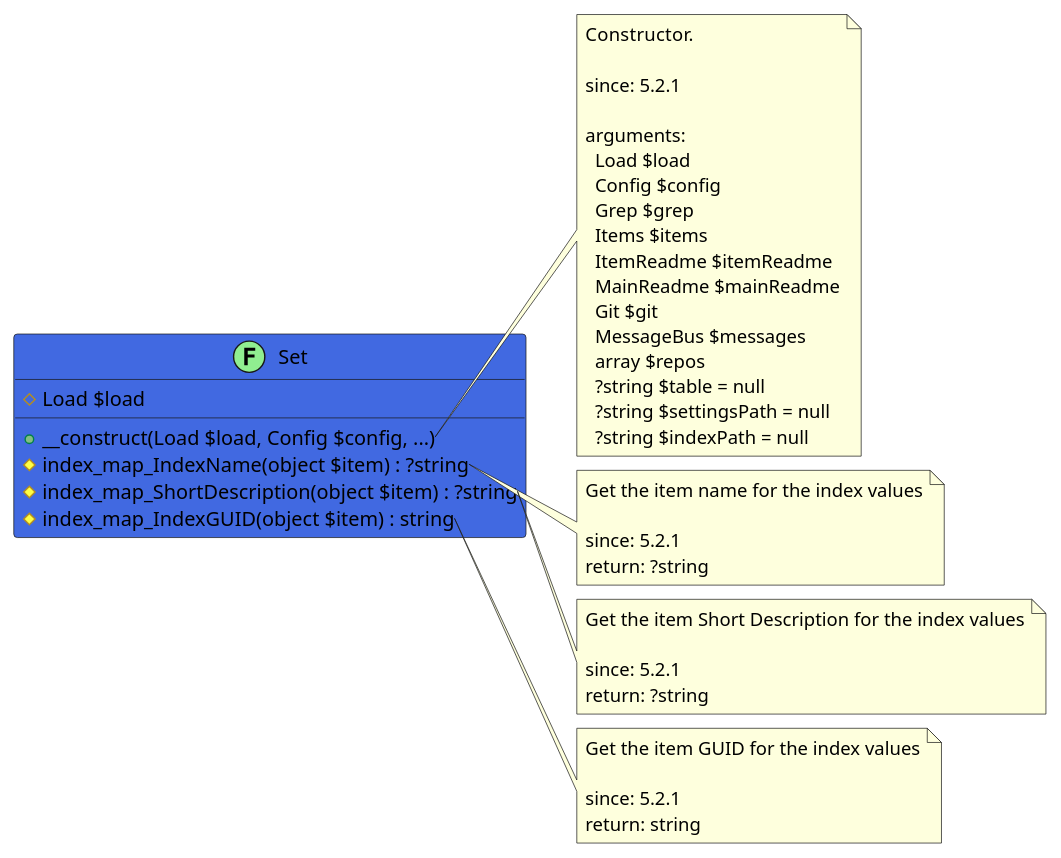
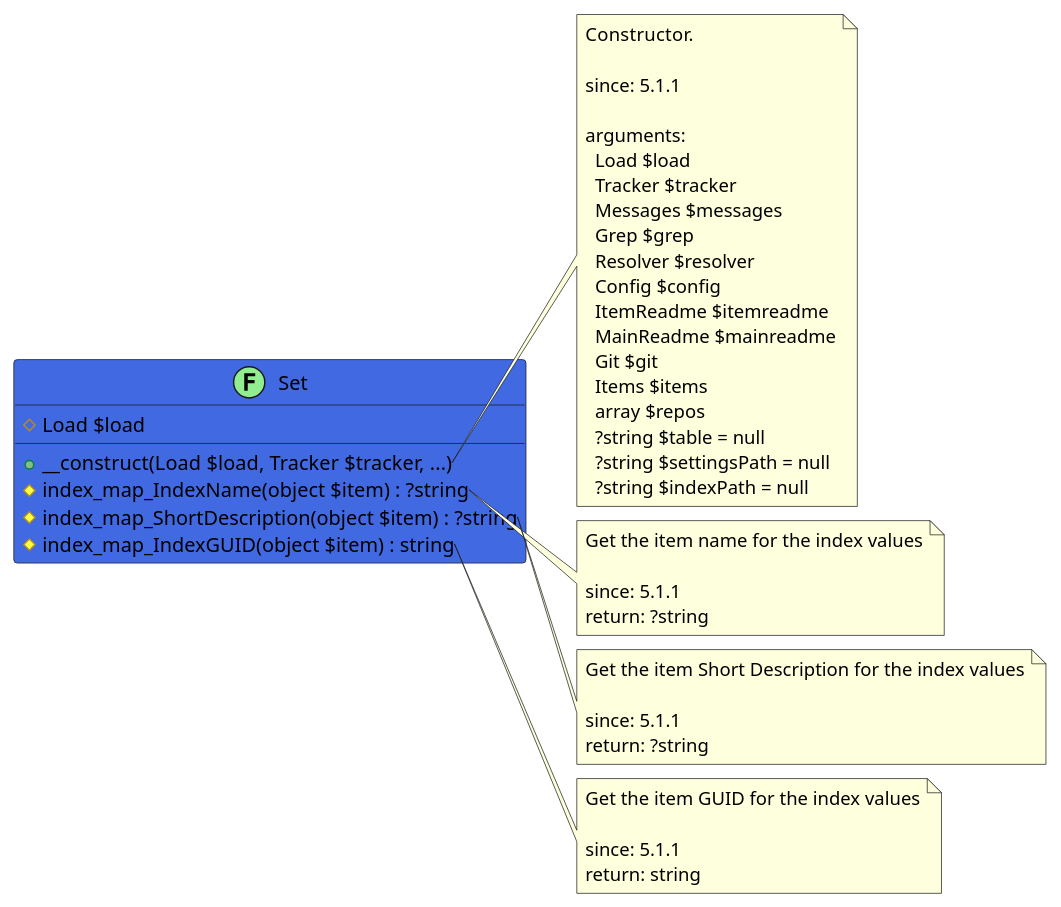
The diagram in src/babbb8b2-d67b-449f-8d01-a4fb20d1ddb1/README.md (joomengine/jcb-packager), drawn with PlantUML before and after one commit. The commit also changed other lines of this file and 498 other files, not shown here.

````diff
--- a/src/babbb8b2-d67b-449f-8d01-a4fb20d1ddb1/README.md
+++ b/src/babbb8b2-d67b-449f-8d01-a4fb20d1ddb1/README.md
@@ -13,53 +6,56 @@
 ```uml
 @startuml
+
 class Set << (F,LightGreen) >> #RoyalBlue {
   # Load $load
-  + __construct(Load $load, Config $config, ...)
+  + __construct(Load $load, Tracker $tracker, ...)
   # index_map_IndexName(object $item) : ?string
   # index_map_ShortDescription(object $item) : ?string
   # index_map_IndexGUID(object $item) : string
 }
 
 note right of Set::__construct
   Constructor.
 
-  since: 5.2.1
+  since: 5.1.1
   
   arguments:
     Load $load
+    Tracker $tracker
+    Messages $messages
+    Grep $grep
+    Resolver $resolver
     Config $config
-    Grep $grep
+    ItemReadme $itemreadme
+    MainReadme $mainreadme
+    Git $git
     Items $items
-    ItemReadme $itemReadme
-    MainReadme $mainReadme
-    Git $git
-    MessageBus $messages
     array $repos
     ?string $table = null
     ?string $settingsPath = null
     ?string $indexPath = null
 end note
 
 note right of Set::index_map_IndexName
   Get the item name for the index values
 
-  since: 5.2.1
+  since: 5.1.1
   return: ?string
 end note
 
 note right of Set::index_map_ShortDescription
   Get the item Short Description for the index values
 
-  since: 5.2.1
+  since: 5.1.1
   return: ?string
 end note
 
 note right of Set::index_map_IndexGUID
   Get the item GUID for the index values
 
-  since: 5.2.1
+  since: 5.1.1
   return: string
 end note
- 
+
 @enduml
 ```
````
